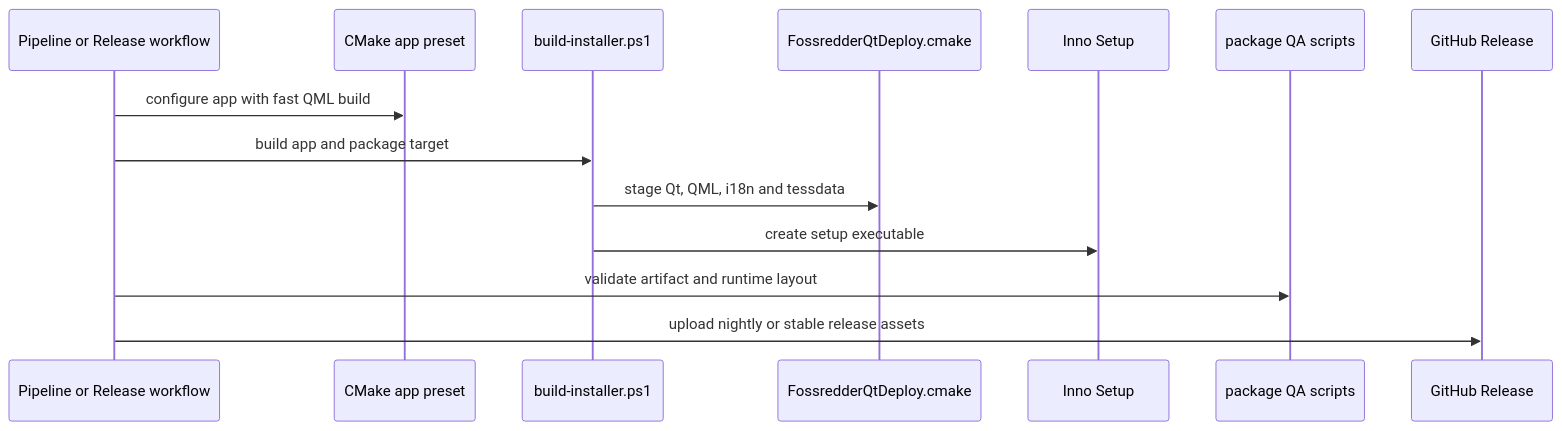
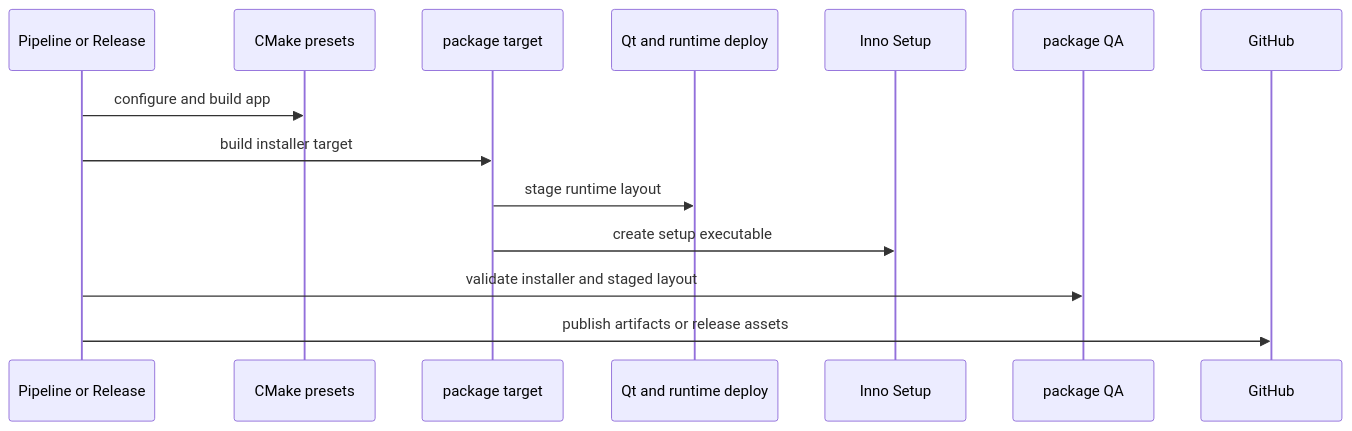
One commit to Wiiii90/FOSSredder changed diagram 19 of 19 in docs/DESIGN.md. Above: the diagram before and after it, drawn with Mermaid. The commit also changed other lines of this file and 6 other files, not shown here.

````diff
--- a/docs/DESIGN.md
+++ b/docs/DESIGN.md
@@ -1822,17 +1297,17 @@
 ```mermaid
 sequenceDiagram
-    participant CI as Pipeline or Release workflow
-    participant CMake as CMake app preset
-    participant Build as build-installer.ps1
-    participant Deploy as FossredderQtDeploy.cmake
+    participant Workflow as Pipeline or Release
+    participant CMake as CMake presets
+    participant Package as package target
+    participant Deploy as Qt and runtime deploy
     participant Inno as Inno Setup
-    participant QA as package QA scripts
-    participant GH as GitHub Release
+    participant QA as package QA
+    participant GH as GitHub
 
-    CI->>CMake: configure app with fast QML build
-    CI->>Build: build app and package target
-    Build->>Deploy: stage Qt, QML, i18n and tessdata
-    Build->>Inno: create setup executable
-    CI->>QA: validate artifact and runtime layout
-    CI->>GH: upload nightly or stable release assets
+    Workflow->>CMake: configure and build app
+    Workflow->>Package: build installer target
+    Package->>Deploy: stage runtime layout
+    Package->>Inno: create setup executable
+    Workflow->>QA: validate installer and staged layout
+    Workflow->>GH: publish artifacts or release assets
 ```
````
